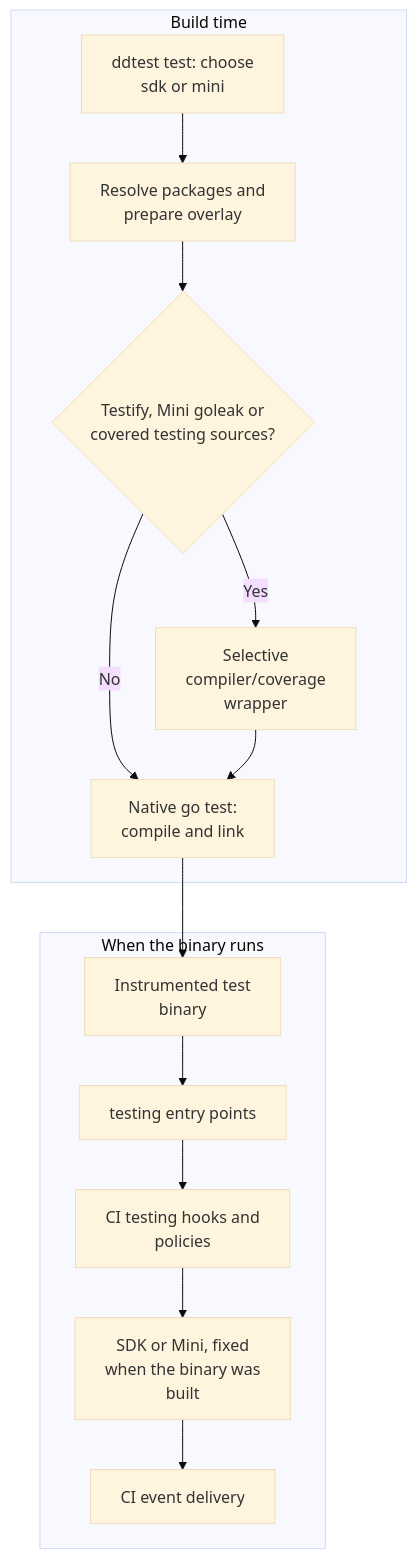
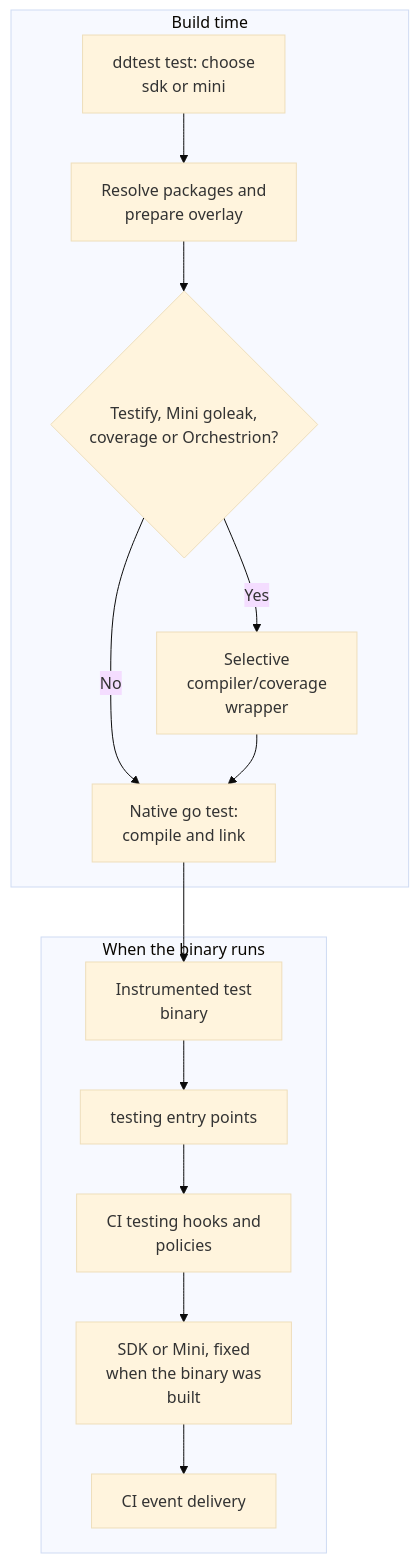
The first of 6 diagrams in ddto/docs/architecture.md (DataDog/ddtest), drawn with Mermaid (base theme) before and after one commit. The commit also changed other lines of this file and 17 other files, not shown here.

First line of the commit message:
Compose Mini CI reporting with Orchestrion APM instrumentation (tonyredondo/dd-ci-testing-poc#15)

````diff
--- a/ddto/docs/architecture.md
+++ b/ddto/docs/architecture.md
@@ -20,17 +20,17 @@
 ```mermaid
 flowchart TB
     subgraph build["Build time"]
         CLI["ddtest test: choose<br/>sdk or mini"] --> Plan["Resolve packages and<br/>prepare overlay"]
-        Plan --> Selection{"Testify, Mini goleak or<br/>covered testing sources?"}
+        Plan --> Selection{"Testify, Mini goleak,<br/>coverage or Orchestrion?"}
         Selection -->|Yes| Tools["Selective<br/>compiler/coverage<br/>wrapper"]
         Selection -->|No| Go["Native go test:<br/>compile and link"]
         Tools --> Go
     end
     Go --> Binary["Instrumented test<br/>binary"]
     subgraph execution["When the binary runs"]
         Binary --> Testing["testing entry points"]
         Testing --> Hooks["CI testing hooks and<br/>policies"]
         Hooks --> Runtime["SDK or Mini, fixed<br/>when the binary was<br/>built"]
         Runtime --> Output["CI event delivery"]
     end
 ```
````
